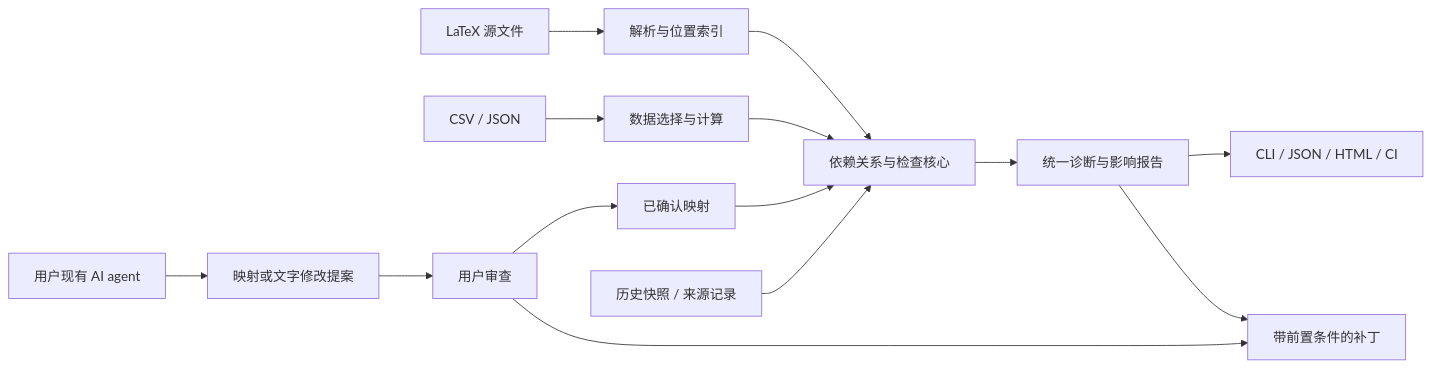
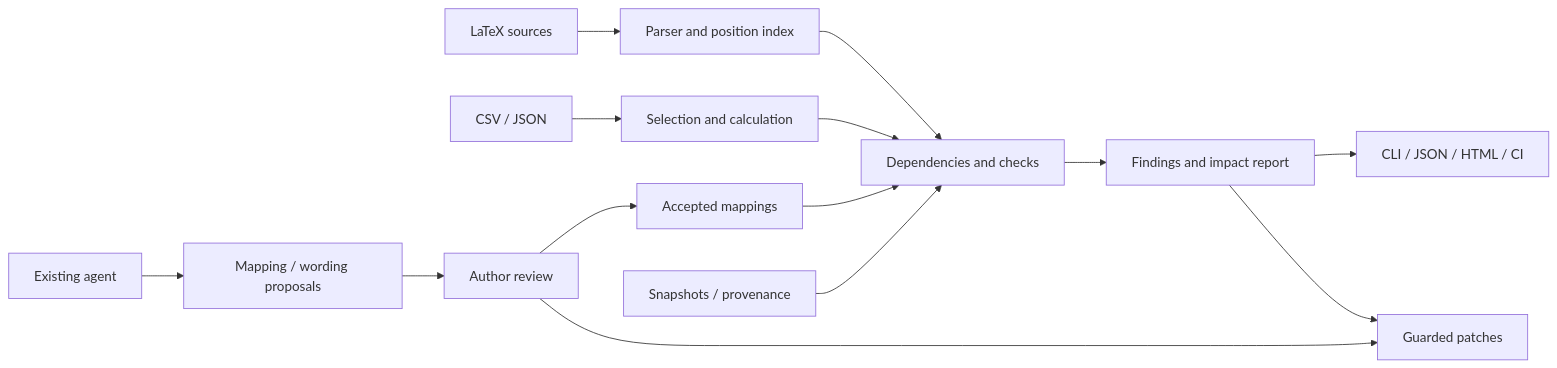
One commit to amos689/paperdelta changed the diagram in docs/development-plan.md. Above: the diagram before and after it, drawn with Mermaid. The commit also changed other lines of this file and 219 other files, not shown here.

````diff
--- a/docs/development-plan.md
+++ b/docs/development-plan.md
@@ -245,16 +251,16 @@
 ```mermaid
 flowchart LR
-    A[LaTeX 源文件] --> P[解析与位置索引]
-    B[CSV / JSON] --> S[数据选择与计算]
-    C[已确认映射] --> G[依赖关系与检查核心]
+    A[LaTeX sources] --> P[Parser and position index]
+    B[CSV / JSON] --> S[Selection and calculation]
+    C[Accepted mappings] --> G[Dependencies and checks]
     P --> G
     S --> G
-    D[历史快照 / 来源记录] --> G
-    G --> R[统一诊断与影响报告]
+    D[Snapshots / provenance] --> G
+    G --> R[Findings and impact report]
     R --> O[CLI / JSON / HTML / CI]
-    R --> F[带前置条件的补丁]
-    H[用户现有 AI agent] --> T[映射或文字修改提案]
-    T --> U[用户审查]
+    R --> F[Guarded patches]
+    H[Existing agent] --> T[Mapping / wording proposals]
+    T --> U[Author review]
     U --> C
     U --> F
 ```
````
